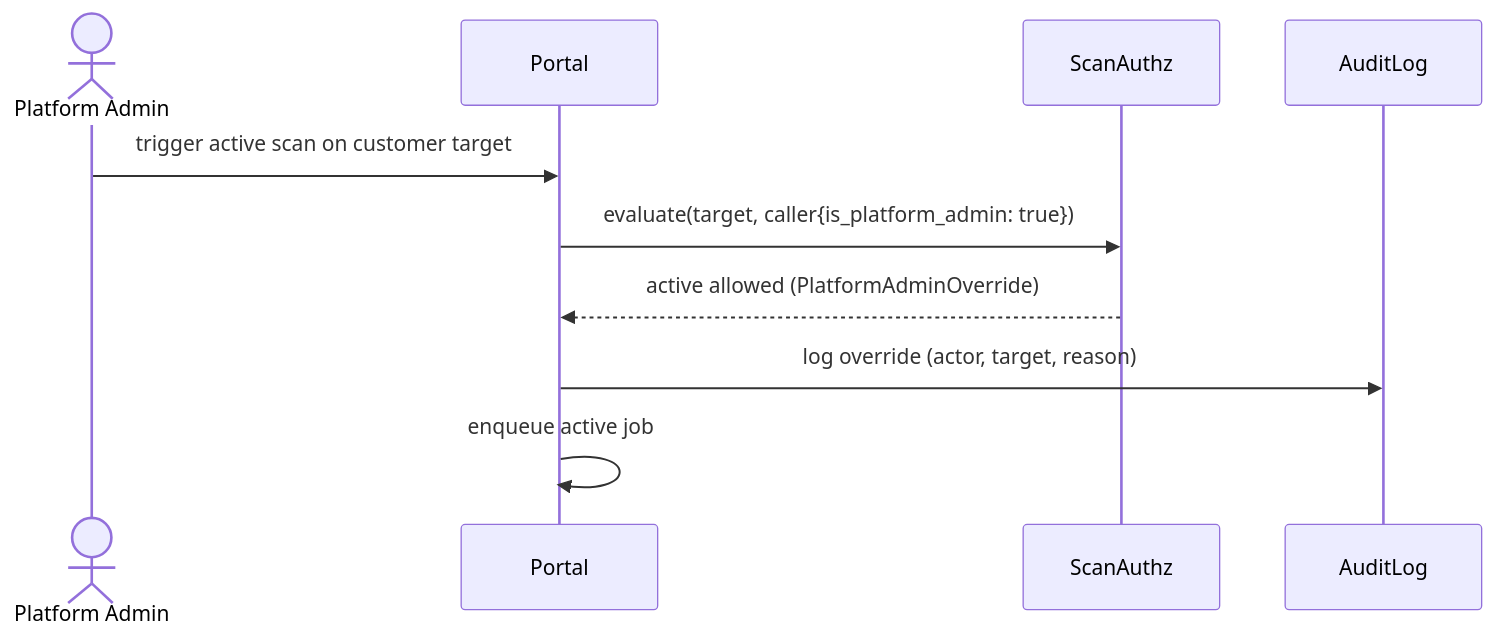
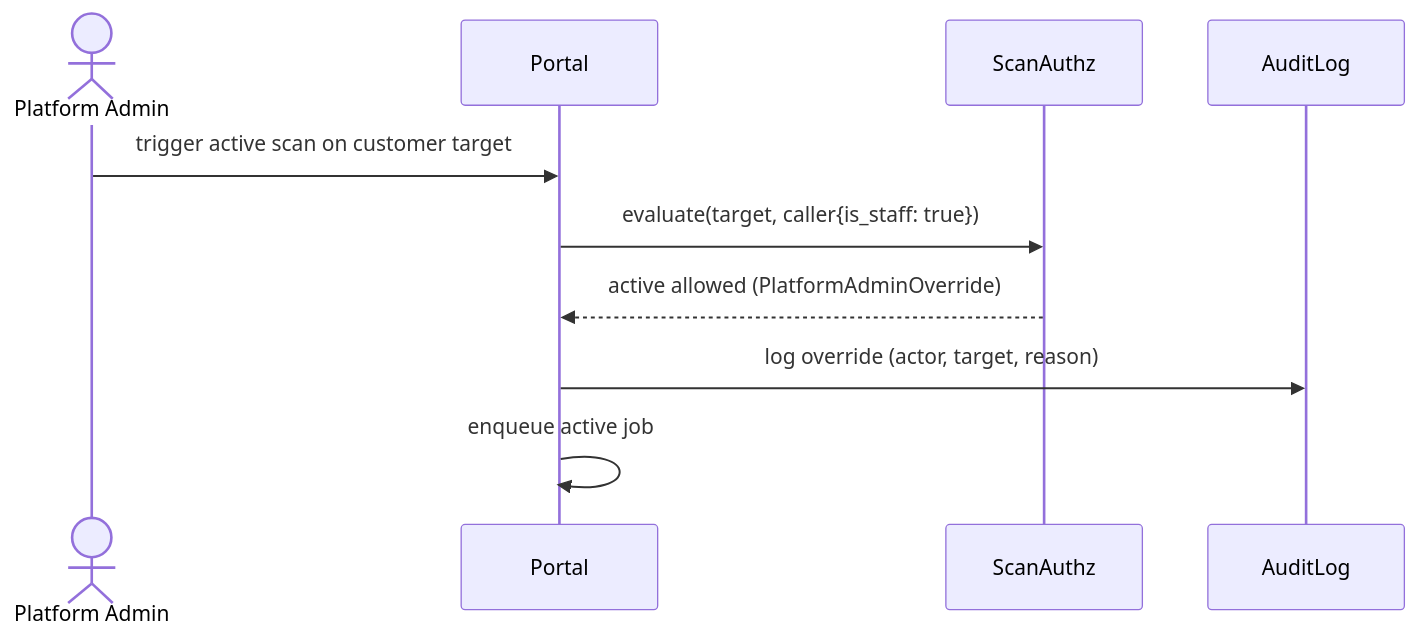
Before and after one commit to Sp0Q1/fracture-pt: the sixth of 8 diagrams in docs/USE_CASES.md, drawn with Mermaid. The commit also changed 52 other files, not shown here.

````diff
--- a/docs/USE_CASES.md
+++ b/docs/USE_CASES.md
@@ -165,13 +165,13 @@
 ```mermaid
 sequenceDiagram
     actor Admin as Platform Admin
     participant Portal
     participant ScanAuthz
     participant AuditLog
 
     Admin->>Portal: trigger active scan on customer target
-    Portal->>ScanAuthz: evaluate(target, caller{is_platform_admin: true})
+    Portal->>ScanAuthz: evaluate(target, caller{is_staff: true})
     ScanAuthz-->>Portal: active allowed (PlatformAdminOverride)
     Portal->>AuditLog: log override (actor, target, reason)
     Portal->>Portal: enqueue active job
 ```
````
